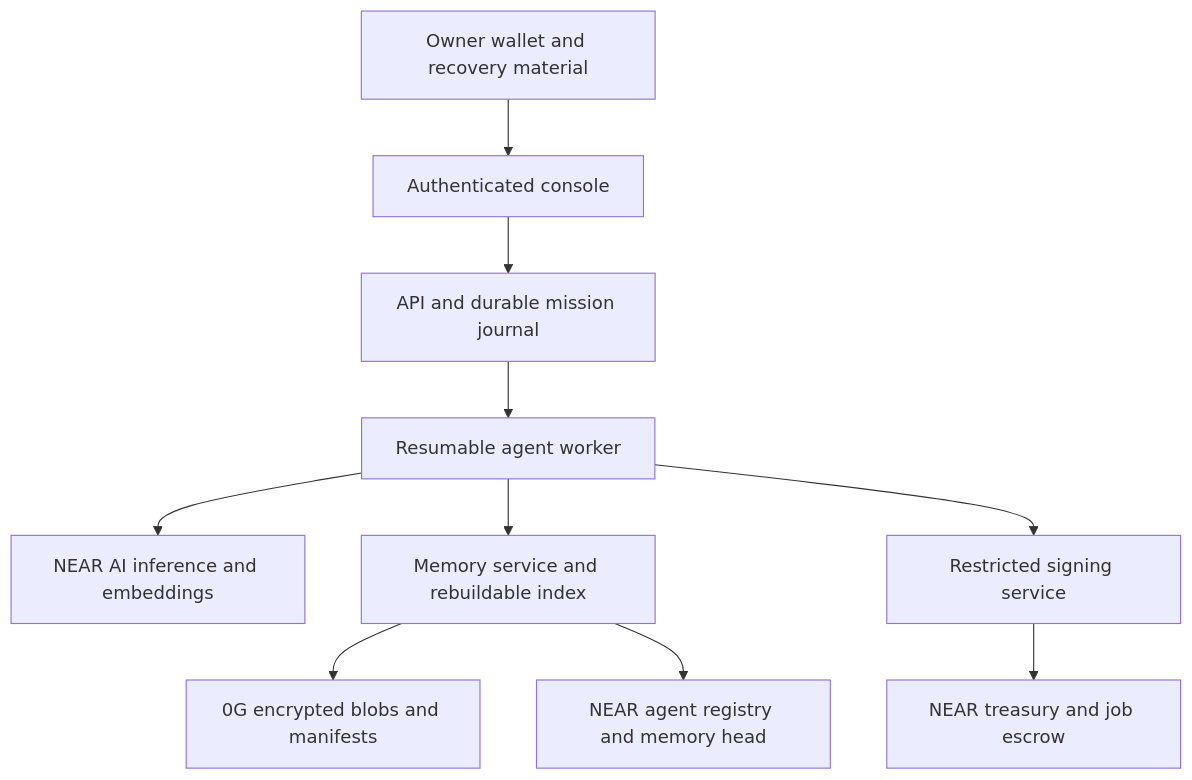
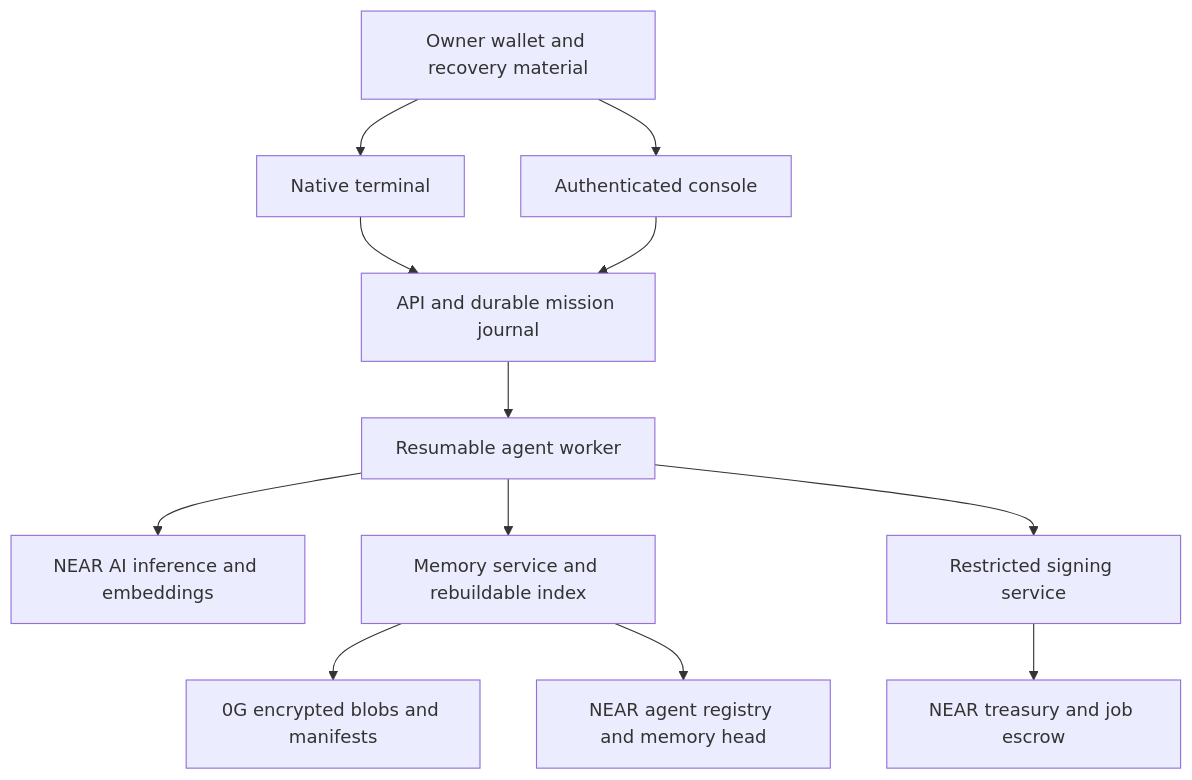
One commit to emperorsixpacks/persistara changed the diagram in docs/ARCHITECTURE.md. Above: the diagram before and after it, drawn with Mermaid. The commit also changed other lines of this file and 22 other files, not shown here.

Commit message:
Build native terminal for durable missions and recovery

````diff
--- a/docs/ARCHITECTURE.md
+++ b/docs/ARCHITECTURE.md
@@ -7,12 +7,14 @@
 ```mermaid
 flowchart TD
-  Owner[Owner wallet and recovery material] --> Console[Authenticated console]
+  Owner[Owner wallet and recovery material] --> Terminal[Native terminal]
+  Owner --> Console[Authenticated console]
+  Terminal --> API
   Console --> API[API and durable mission journal]
   API --> Worker[Resumable agent worker]
   Worker --> AI[NEAR AI inference and embeddings]
   Worker --> Memory[Memory service and rebuildable index]
   Memory --> Storage[0G encrypted blobs and manifests]
   Memory --> Registry[NEAR agent registry and memory head]
   Worker --> Signer[Restricted signing service]
   Signer --> Treasury[NEAR treasury and job escrow]
 ```
````
